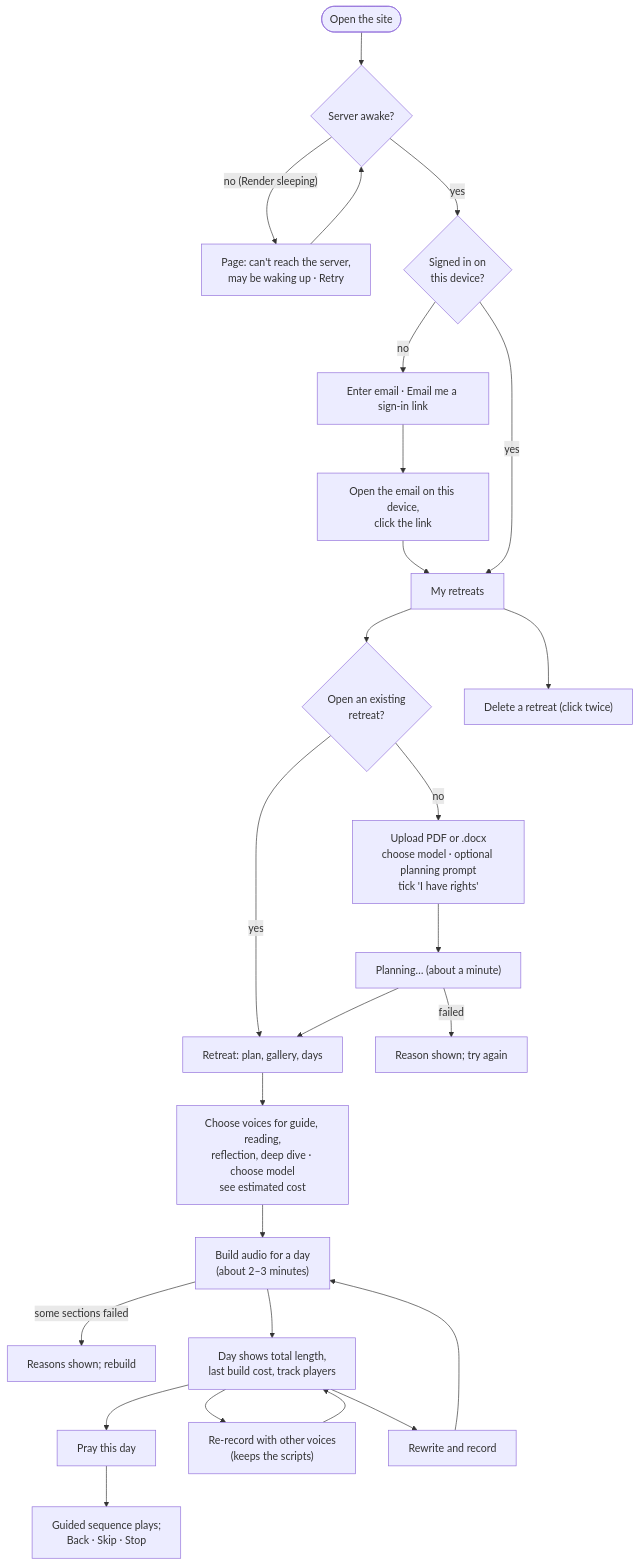
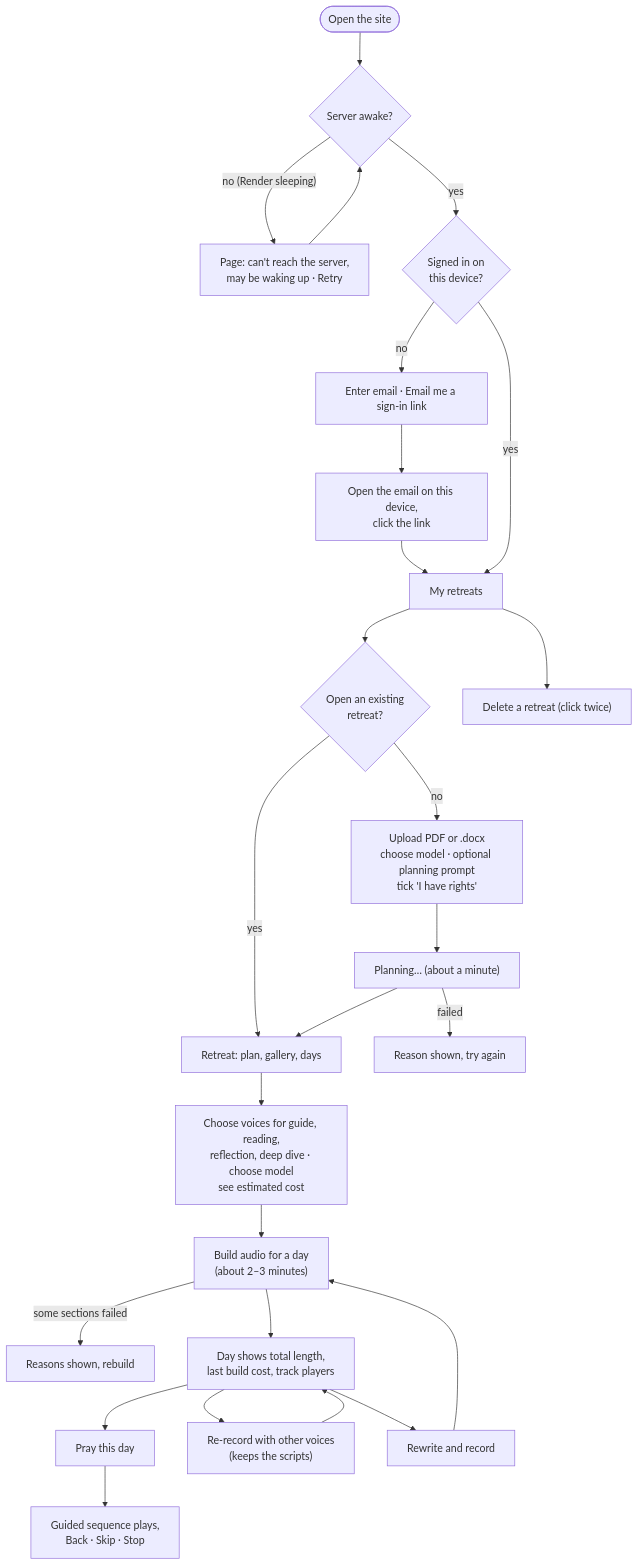
Before and after one commit to bcollier/ignatius-hw4-api: the sixth of 16 diagrams in docs/ARCHITECTURE.md, drawn with Mermaid. The commit also changed other lines of this file, not shown here.

Commit message:
Fix a Mermaid parse error in the build diagram
Claude-Session: https://claude.ai/code/session_01HVmjg8TUBHLmg3PzPAQ4yn

````diff
--- a/docs/ARCHITECTURE.md
+++ b/docs/ARCHITECTURE.md
@@ -293,23 +293,23 @@
 ```mermaid
 flowchart TD
     A([Open the site]) --> B{Server awake?}
     B -- "no (Render sleeping)" --> B1["Page: can't reach the server,<br/>may be waking up · Retry"] --> B
     B -- yes --> C{Signed in on<br/>this device?}
     C -- no --> D["Enter email · Email me a sign-in link"] --> E["Open the email on this device,<br/>click the link"] --> F
     C -- yes --> F["My retreats"]
     F --> G{Open an existing<br/>retreat?}
     G -- yes --> K
     G -- no --> H["Upload PDF or .docx<br/>choose model · optional planning prompt<br/>tick 'I have rights'"]
     H --> I["Planning… (about a minute)"]
-    I -- failed --> I1["Reason shown; try again"]
+    I -- failed --> I1["Reason shown, try again"]
     I --> K["Retreat: plan, gallery, days"]
     K --> L["Choose voices for guide, reading,<br/>reflection, deep dive · choose model<br/>see estimated cost"]
     L --> M["Build audio for a day<br/>(about 2–3 minutes)"]
-    M -- "some sections failed" --> M1["Reasons shown; rebuild"]
+    M -- "some sections failed" --> M1["Reasons shown, rebuild"]
     M --> N["Day shows total length,<br/>last build cost, track players"]
     N --> O["Pray this day"]
     N --> P["Re-record with other voices<br/>(keeps the scripts)"] --> N
     N --> Q["Rewrite and record"] --> M
-    O --> R["Guided sequence plays;<br/>Back · Skip · Stop"]
+    O --> R["Guided sequence plays,<br/>Back · Skip · Stop"]
     F --> S["Delete a retreat (click twice)"]
 ```
````
